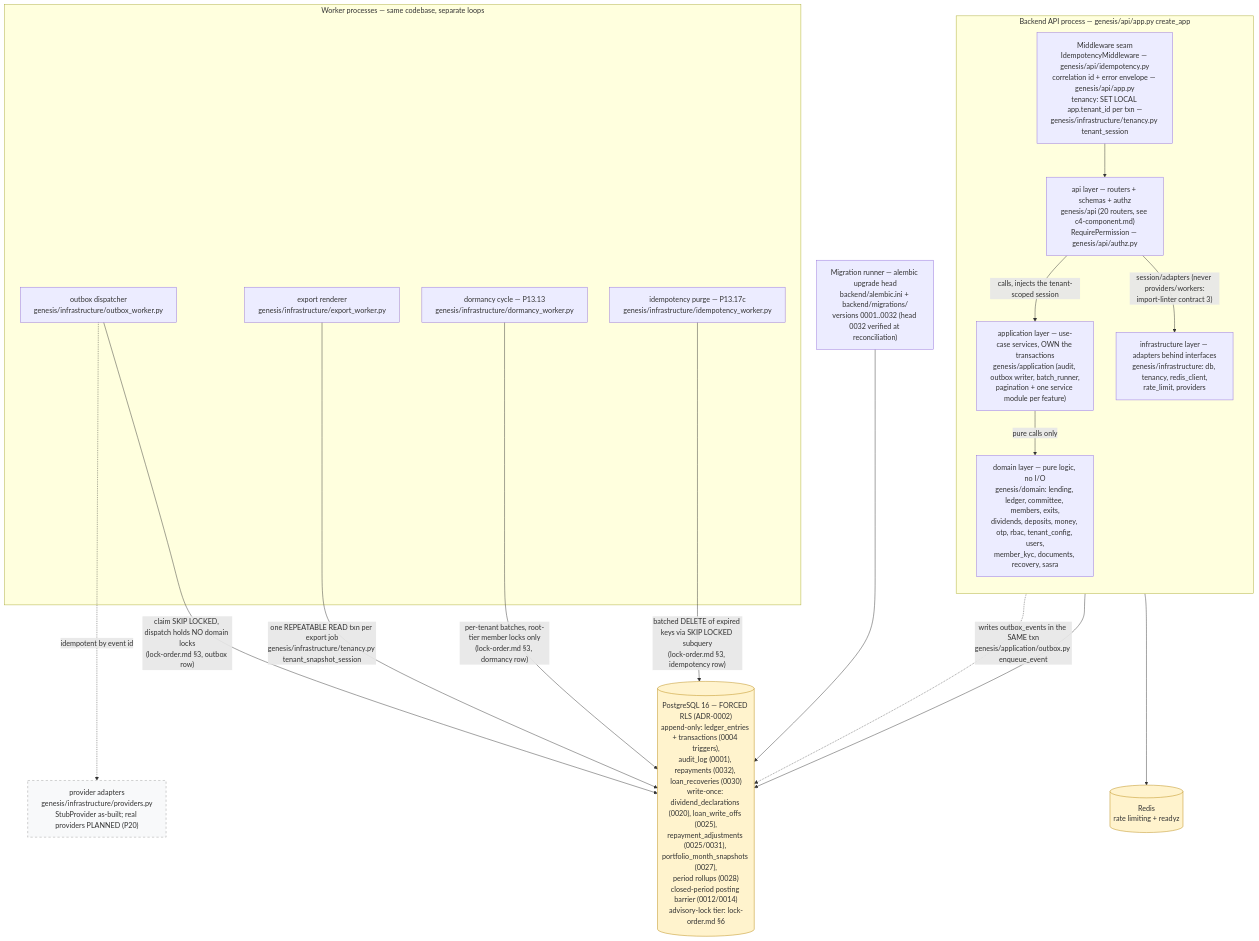
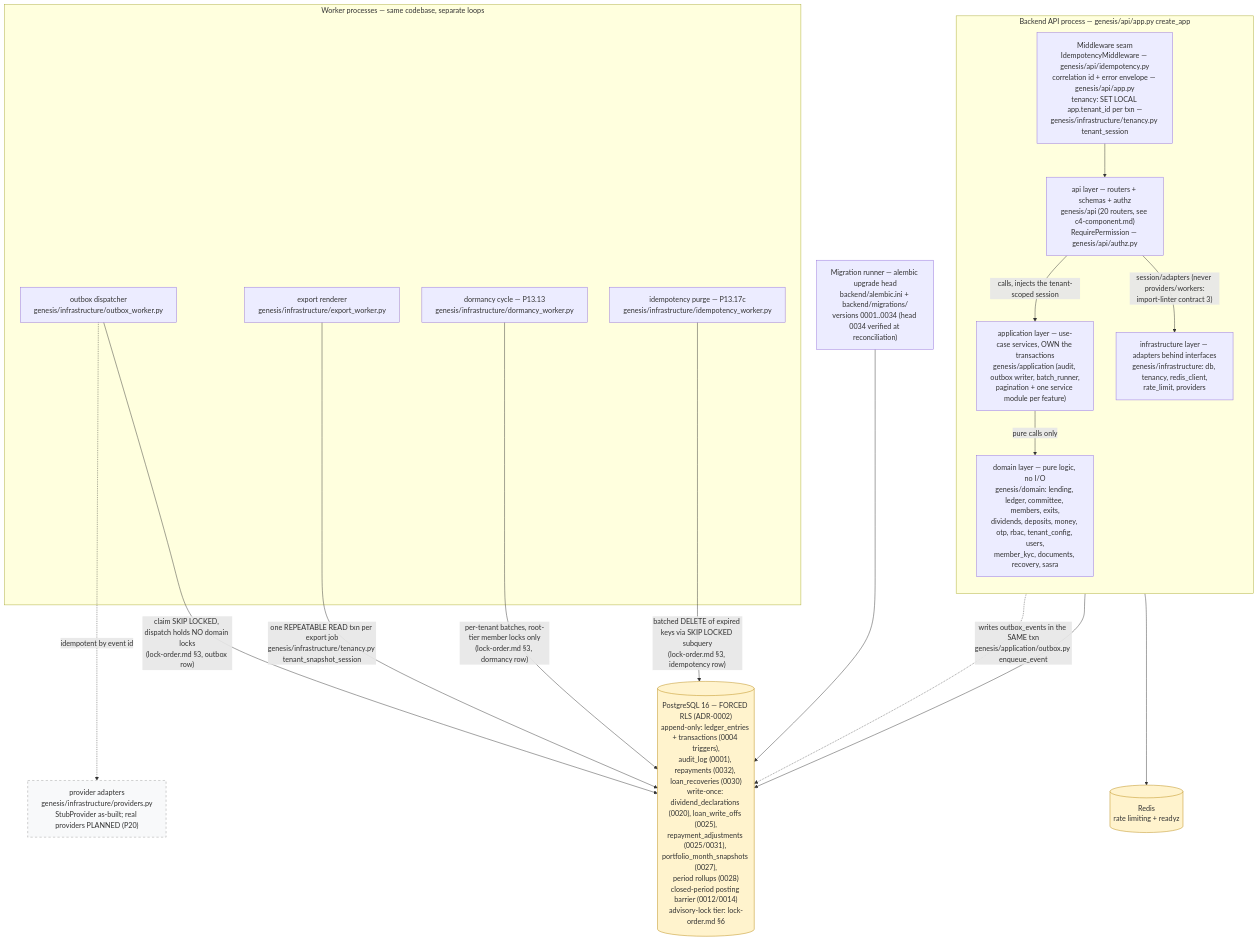
The diagram in docs/diagrams/c4-container.md (Benson-Kim/genesis-sacco), drawn with Mermaid before and after one commit. The commit also changed other lines of this file and 4 other files, not shown here.

First line of the commit message:
docs(diagrams): C4 as-built refresh — migration head 0034, P13.10 report builders on diagram 11 (!38 R3)

````diff
--- a/docs/diagrams/c4-container.md
+++ b/docs/diagrams/c4-container.md
@@ -25,45 +28,45 @@
 ```mermaid
 flowchart TB
     %% Authored against main @ 08541b860f1445b16c342c39b6606d86b9dbeb17
     %% L2 containers — layering per backend/pyproject.toml [tool.importlinter].
 
     subgraph BE["Backend API process — genesis/api/app.py create_app"]
         direction TB
         MW["Middleware seam<br/>IdempotencyMiddleware — genesis/api/idempotency.py<br/>correlation id + error envelope — genesis/api/app.py<br/>tenancy: SET LOCAL app.tenant_id per txn —<br/>genesis/infrastructure/tenancy.py tenant_session"]
         APIL["api layer — routers + schemas + authz<br/>genesis/api (20 routers, see c4-component.md)<br/>RequirePermission — genesis/api/authz.py"]
         APPL["application layer — use-case services, OWN the transactions<br/>genesis/application (audit, outbox writer, batch_runner,<br/>pagination + one service module per feature)"]
         DOM["domain layer — pure logic, no I/O<br/>genesis/domain: lending, ledger, committee, members, exits,<br/>dividends, deposits, money, otp, rbac, tenant_config, users,<br/>member_kyc, documents, recovery, sasra"]
         INF["infrastructure layer — adapters behind interfaces<br/>genesis/infrastructure: db, tenancy, redis_client,<br/>rate_limit, providers"]
         MW --> APIL
         APIL -->|"calls, injects the tenant-scoped session"| APPL
         APPL -->|"pure calls only"| DOM
         APIL -->|"session/adapters (never providers/workers:<br/>import-linter contract 3)"| INF
     end
 
     subgraph WK["Worker processes — same codebase, separate loops"]
         OBW["outbox dispatcher<br/>genesis/infrastructure/outbox_worker.py"]
         EXW["export renderer<br/>genesis/infrastructure/export_worker.py"]
         DMW["dormancy cycle — P13.13<br/>genesis/infrastructure/dormancy_worker.py"]
         IDW["idempotency purge — P13.17c<br/>genesis/infrastructure/idempotency_worker.py"]
     end
 
-    MIG["Migration runner — alembic upgrade head<br/>backend/alembic.ini + backend/migrations/<br/>versions 0001..0032 (head 0032 verified at reconciliation)"]
+    MIG["Migration runner — alembic upgrade head<br/>backend/alembic.ini + backend/migrations/<br/>versions 0001..0034 (head 0034 verified at reconciliation)"]
 
     PG[("PostgreSQL 16 — FORCED RLS (ADR-0002)<br/>append-only: ledger_entries + transactions (0004 triggers),<br/>audit_log (0001), repayments (0032), loan_recoveries (0030)<br/>write-once: dividend_declarations (0020), loan_write_offs (0025),<br/>repayment_adjustments (0025/0031), portfolio_month_snapshots (0027),<br/>period rollups (0028)<br/>closed-period posting barrier (0012/0014)<br/>advisory-lock tier: lock-order.md §6")]
     RD[("Redis<br/>rate limiting + readyz")]
 
     APPL -.->|"writes outbox_events in the SAME txn<br/>genesis/application/outbox.py enqueue_event"| PG
     INF --> PG
     INF --> RD
     OBW -->|"claim SKIP LOCKED, dispatch holds NO domain locks<br/>(lock-order.md §3, outbox row)"| PG
     EXW -->|"one REPEATABLE READ txn per export job<br/>genesis/infrastructure/tenancy.py tenant_snapshot_session"| PG
     DMW -->|"per-tenant batches, root-tier member locks only<br/>(lock-order.md §3, dormancy row)"| PG
     IDW -->|"batched DELETE of expired keys via SKIP LOCKED subquery<br/>(lock-order.md §3, idempotency row)"| PG
     OBW -.->|"idempotent by event id"| PROV["provider adapters<br/>genesis/infrastructure/providers.py<br/>StubProvider as-built; real providers PLANNED (P20)"]
     MIG --> PG
 
     classDef store fill:#fff3cd,stroke:#b8860b;
     class PG,RD store;
     classDef planned fill:#f8f9fa,stroke:#999,stroke-dasharray: 5 5;
     class PROV planned;
 ```
````
